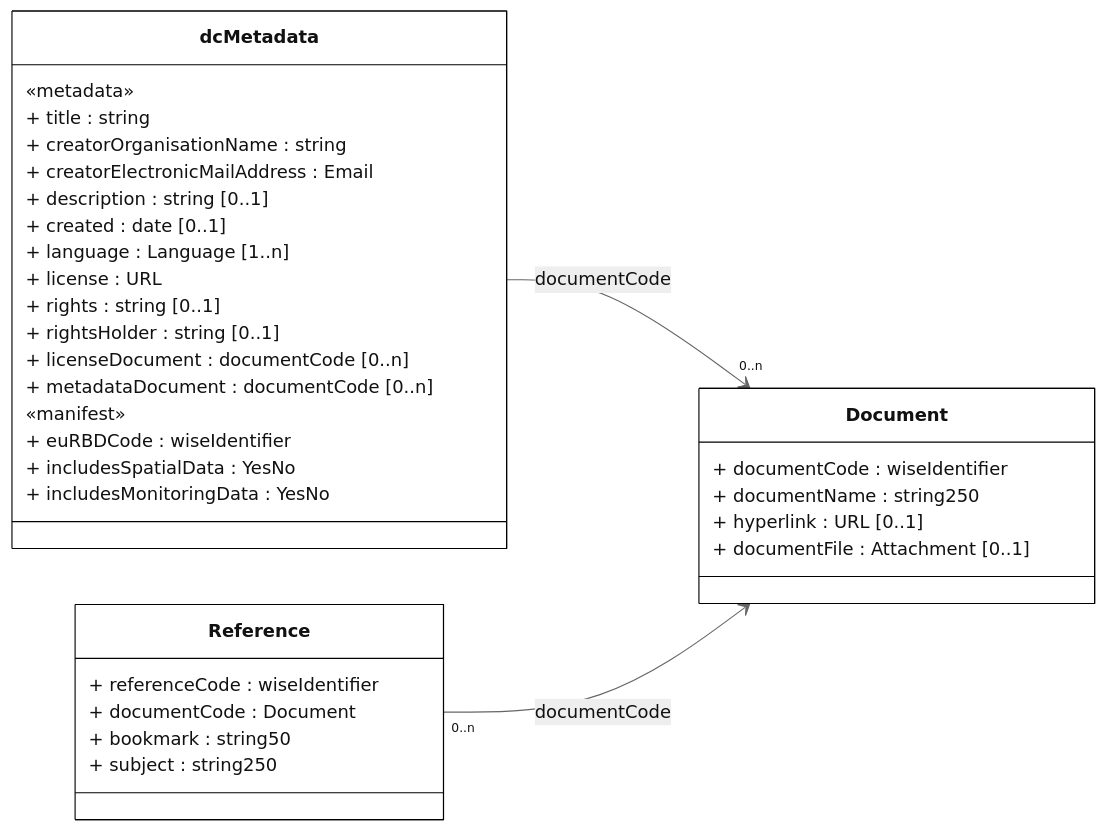
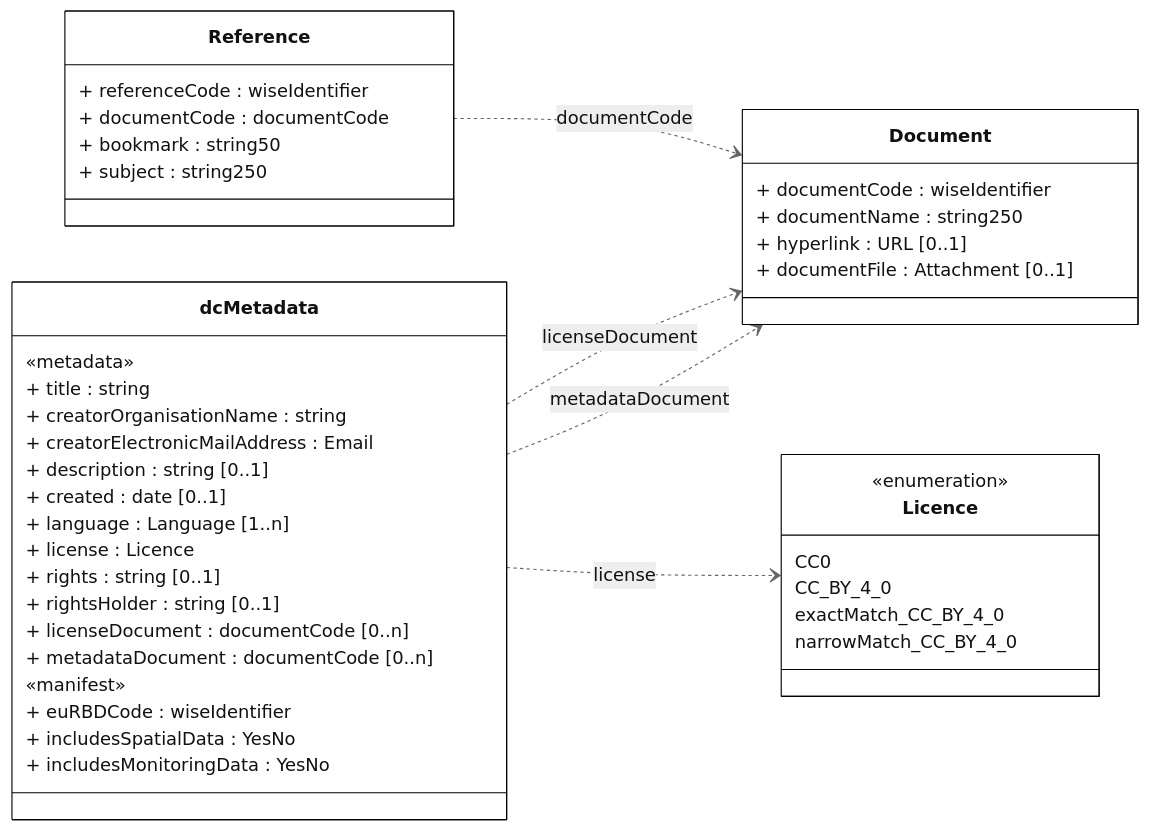
Before and after one commit to eeadata/WISE.WFD.Documentation: the diagram in docs/DataModelReview/mmd/Monitoring_4thCycle_Documents_ClassDiagram.mmd, drawn with Mermaid. The commit also changed 3 other files, not shown here.

```diff
--- a/docs/DataModelReview/mmd/Monitoring_4thCycle_Documents_ClassDiagram.mmd
+++ b/docs/DataModelReview/mmd/Monitoring_4thCycle_Documents_ClassDiagram.mmd
@@ -1,50 +1,59 @@
 ---
 config:
   class:
     hideEmptyMembersBox: true
   layout: dagre
   theme: neutral
 ---
 classDiagram
 direction LR
 
 class dcMetadata {
 
 «metadata»
 + title : string
 + creatorOrganisationName : string
 + creatorElectronicMailAddress : Email
 + description : string [0..1]
 + created : date [0..1]
 + language : Language [1..n]
-+ license : URL
++ license : Licence
 + rights : string [0..1]
 + rightsHolder : string [0..1]
 + licenseDocument : documentCode [0..n]
 + metadataDocument : documentCode [0..n]
 
 «manifest»
 + euRBDCode : wiseIdentifier
 + includesSpatialData : YesNo
 + includesMonitoringData : YesNo
 }
 
 class Reference {
   + referenceCode : wiseIdentifier
-  + documentCode : Document
+  + documentCode : documentCode
   + bookmark : string50
   + subject : string250 
 }
 
 class Document {
 + documentCode : wiseIdentifier
 + documentName : string250
 + hyperlink : URL [0..1]
 + documentFile : Attachment [0..1]
 }
 
-dcMetadata --> "0..n" Document : documentCode
-Reference "0..n" --> Document : documentCode
+class Licence{
+  <<enumeration>>
+  CC0
+  CC_BY_4_0
+  exactMatch_CC_BY_4_0
+  narrowMatch_CC_BY_4_0
+}
 
+Reference  ..> Document : documentCode
+dcMetadata ..> Document : licenseDocument
+dcMetadata ..> Document : metadataDocument
+dcMetadata ..> Licence : license
 classDef default fill:white,stroke:#000;
 classDef forFixing fill:white,stroke:#f00;
```
